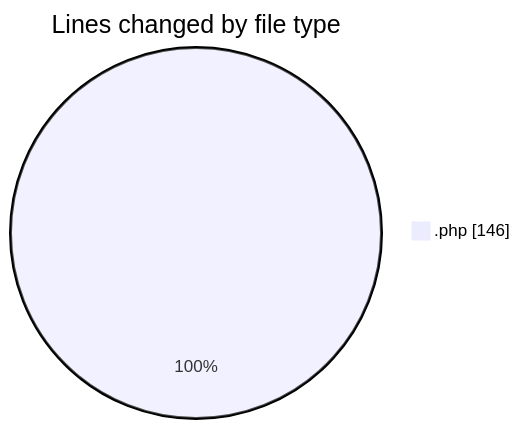
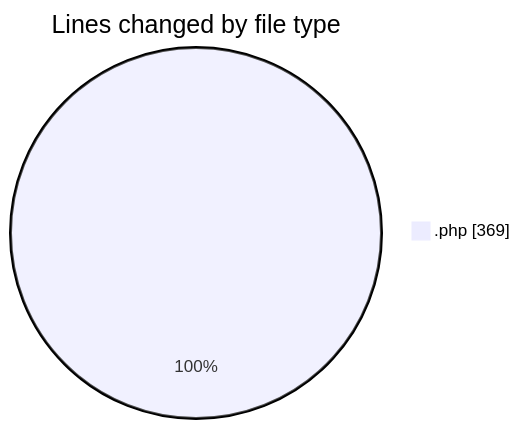
One commit to LanceThiago/code-tracking changed the first of 2 diagrams in 2026-09-01/web/README.md. Above: the diagram before and after it, drawn with Mermaid. The commit also changed other lines of this file and 1 other file, not shown here.

````diff
--- a/2026-09-01/web/README.md
+++ b/2026-09-01/web/README.md
@@ -23,5 +24,5 @@
 ```mermaid
 pie showData
 title Lines changed by file type
-".php" : 146
+".php" : 369
 ```
````
